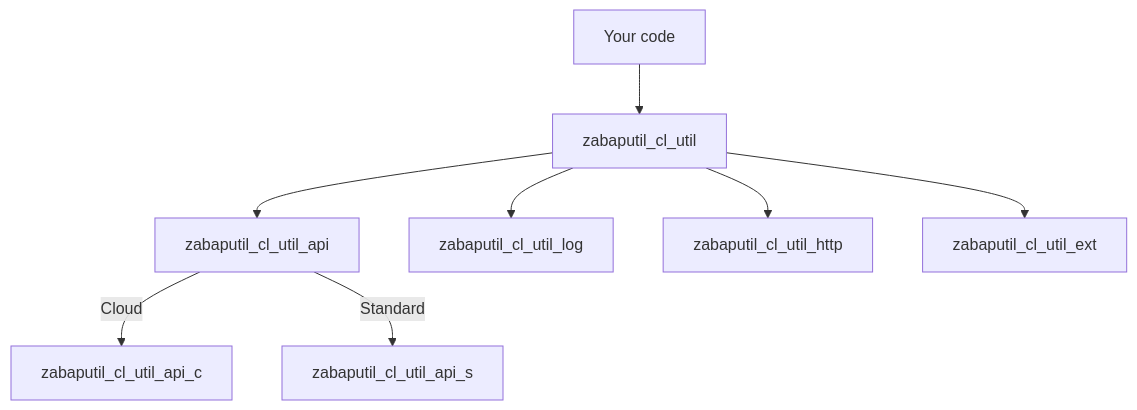
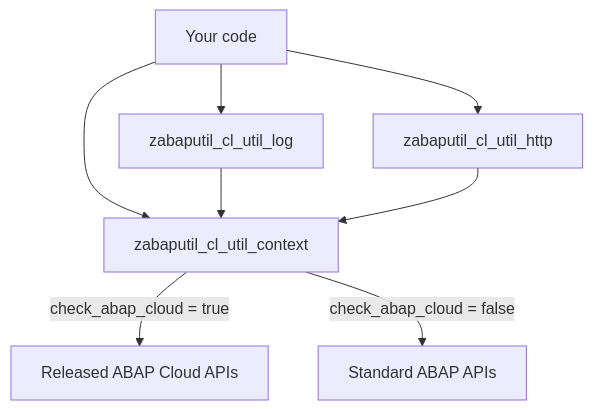
The diagram in docs/guide/architecture.md (abap-util/docs), drawn with Mermaid before and after one commit. The commit also changed other lines of this file and 40 other files, not shown here.

First line of the commit message:
docs: align class, method and parameter names with abap-util main

````diff
--- a/docs/guide/architecture.md
+++ b/docs/guide/architecture.md
@@ -31,10 +28,10 @@
 ```mermaid
 flowchart TD
-  caller[Your code] --> facade[zabaputil_cl_util]
-  facade --> api[zabaputil_cl_util_api]
-  api -->|Cloud| api_c[zabaputil_cl_util_api_c]
-  api -->|Standard| api_s[zabaputil_cl_util_api_s]
-  facade --> log[zabaputil_cl_util_log]
-  facade --> http[zabaputil_cl_util_http]
-  facade --> ext[zabaputil_cl_util_ext]
+  caller[Your code] --> facade[zabaputil_cl_util_context]
+  caller --> log[zabaputil_cl_util_log]
+  caller --> http[zabaputil_cl_util_http]
+  log --> facade
+  http --> facade
+  facade -->|check_abap_cloud = true| cloud[Released ABAP Cloud APIs]
+  facade -->|check_abap_cloud = false| std[Standard ABAP APIs]
 ```
````
